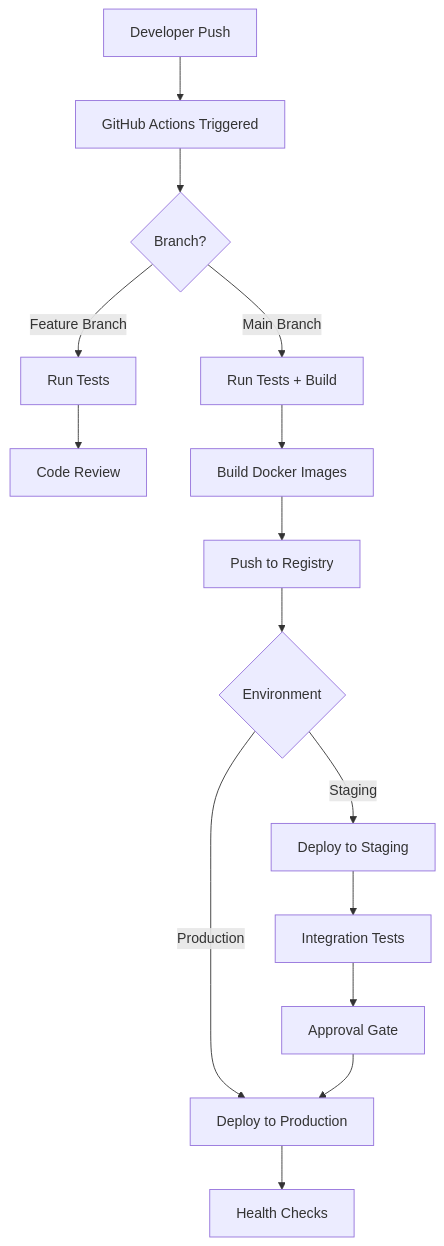
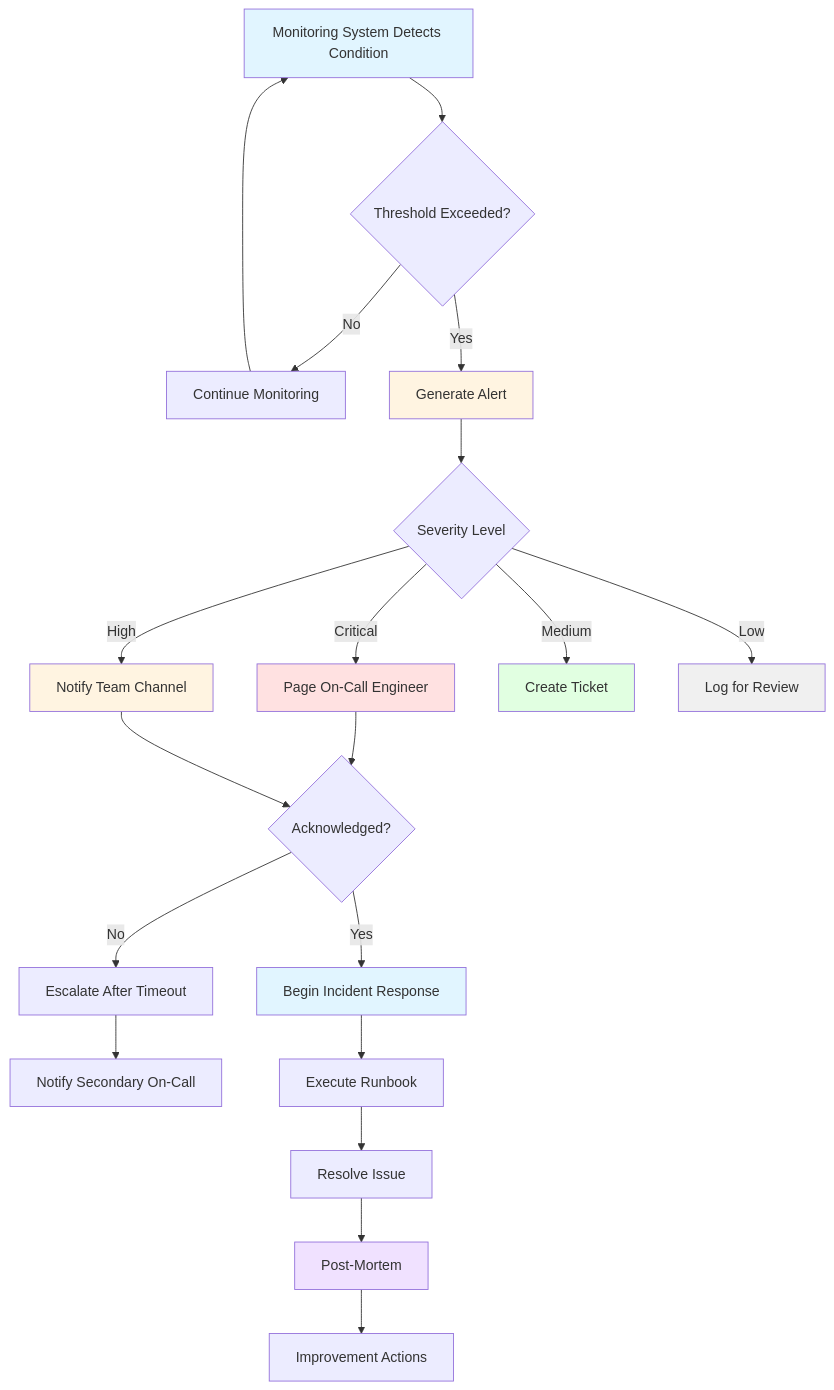
Before and after one commit to prasad-blitzy/quick-repo: the fifth of 12 diagrams in blitzy/documentation/Technical Specifications.md, drawn with Mermaid. The commit also changed other lines of this file, not shown here.

````diff
--- a/blitzy/documentation/Technical Specifications.md
+++ b/blitzy/documentation/Technical Specifications.md
@@ -765,17 +1561,37 @@
 ```mermaid
-flowchart TD
-    A[Developer Push] --> B[GitHub Actions Triggered]
-    B --> C{Branch?}
-    C -->|Feature Branch| D[Run Tests]
-    C -->|Main Branch| E[Run Tests + Build]
-    D --> F[Code Review]
-    E --> G[Build Docker Images]
-    G --> H[Push to Registry]
-    H --> I{Environment}
-    I -->|Staging| J[Deploy to Staging]
-    I -->|Production| K[Deploy to Production]
-    J --> L[Integration Tests]
-    L --> M[Approval Gate]
-    M --> K
-    K --> N[Health Checks]
+graph TD
+    A[Monitoring System Detects Condition] --> B{Threshold Exceeded?}
+    B -->|No| C[Continue Monitoring]
+    B -->|Yes| D[Generate Alert]
+    
+    D --> E{Severity Level}
+    
+    E -->|Critical| F[Page On-Call Engineer]
+    E -->|High| G[Notify Team Channel]
+    E -->|Medium| H[Create Ticket]
+    E -->|Low| I[Log for Review]
+    
+    F --> J{Acknowledged?}
+    G --> J
+    
+    J -->|No| K[Escalate After Timeout]
+    J -->|Yes| L[Begin Incident Response]
+    
+    K --> M[Notify Secondary On-Call]
+    
+    L --> N[Execute Runbook]
+    N --> O[Resolve Issue]
+    O --> P[Post-Mortem]
+    P --> Q[Improvement Actions]
+    
+    C --> A
+    
+    style A fill:#e1f5ff
+    style D fill:#fff4e1
+    style F fill:#ffe1e1
+    style G fill:#fff4e1
+    style H fill:#e1ffe1
+    style I fill:#f0f0f0
+    style L fill:#e1f5ff
+    style P fill:#f0e1ff
 ```
````
